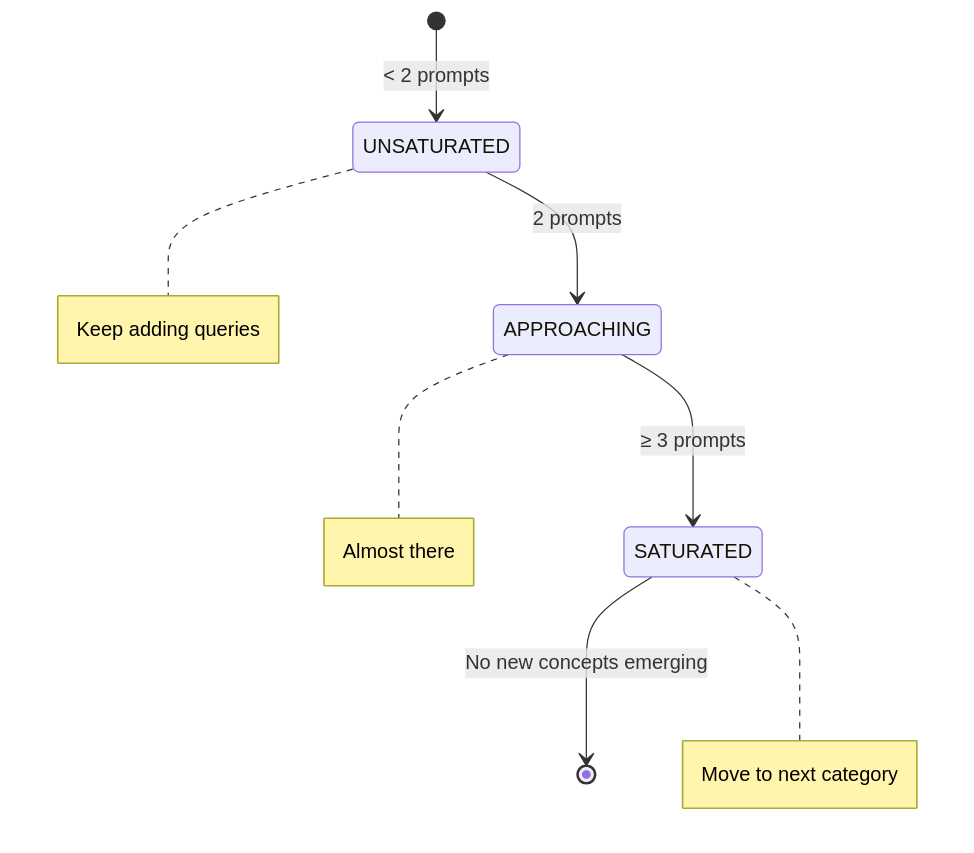
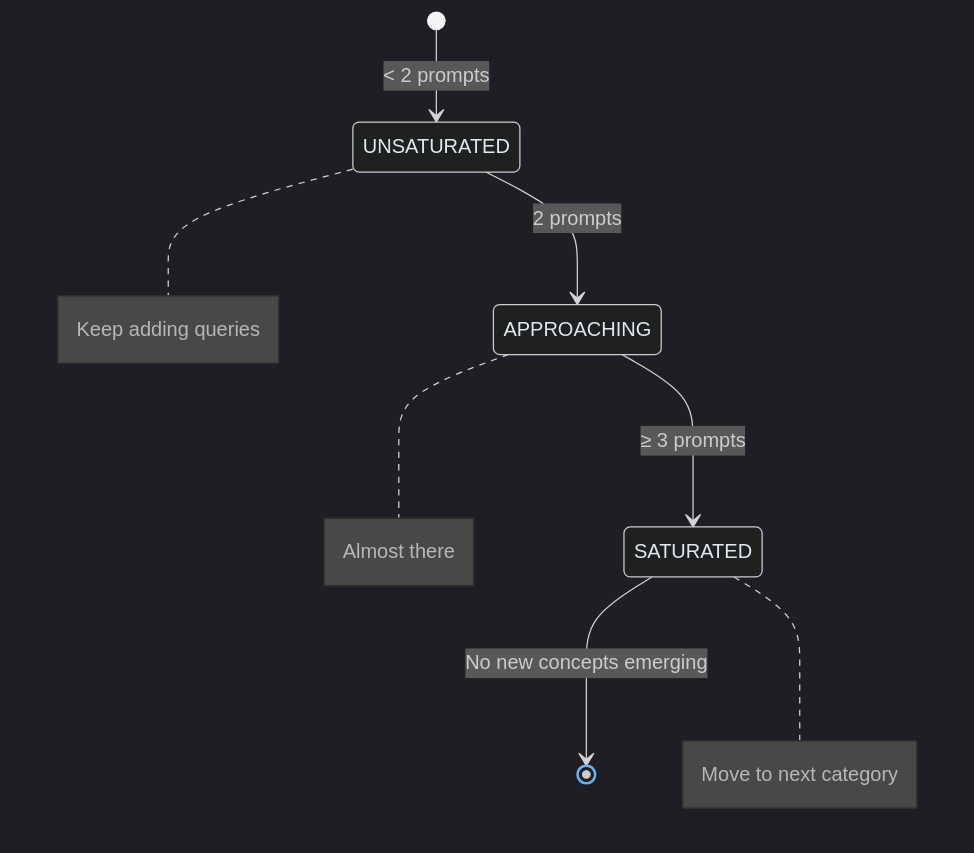
The fourth of 8 diagrams in README.md (aws-samples/sample-GEDD), drawn with Mermaid before and after one commit. The commit also changed other lines of this file, not shown here.

First line of the commit message:
docs: fix Mermaid diagrams for dark background rendering

````diff
--- a/README.md
+++ b/README.md
@@ -124,11 +128,12 @@
 ```mermaid
+%%{init: {'theme': 'dark', 'themeVariables': {'primaryColor': '#1e3a5f', 'primaryTextColor': '#e2e8f0', 'primaryBorderColor': '#4a7fa5', 'lineColor': '#64b5f6'}}}%%
 stateDiagram-v2
     [*] --> UNSATURATED: < 2 prompts
     UNSATURATED --> APPROACHING: 2 prompts
     APPROACHING --> SATURATED: ≥ 3 prompts
     SATURATED --> [*]: No new concepts emerging
 
     note right of UNSATURATED: Keep adding queries
     note right of APPROACHING: Almost there
     note right of SATURATED: Move to next category
 ```
````
